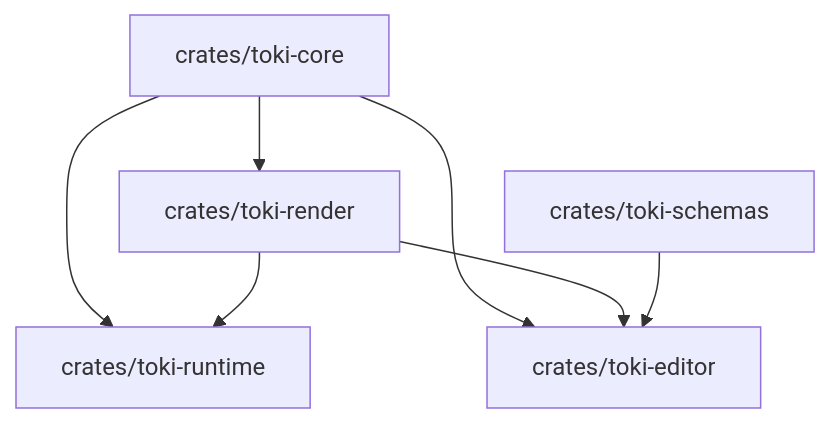
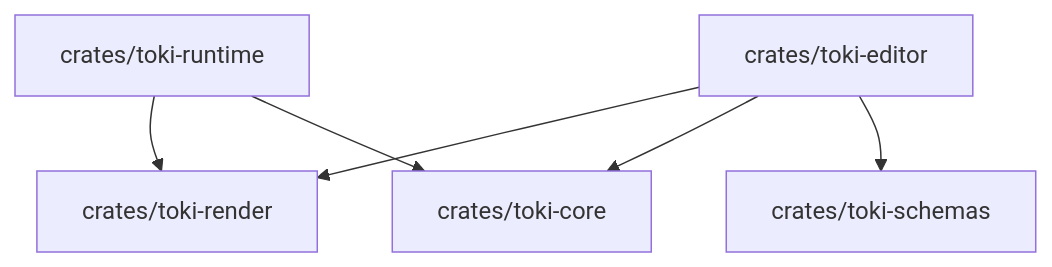
One commit to daredem0/ToKi changed the third of 11 diagrams in docs/SDD_SAD.md. Above: the diagram before and after it, drawn with Mermaid. The commit also changed other lines of this file, not shown here.

````diff
--- a/docs/SDD_SAD.md
+++ b/docs/SDD_SAD.md
@@ -139,15 +137,14 @@
 ```mermaid
 flowchart TD
     SCHEMAS[crates/toki-schemas]
     CORE[crates/toki-core]
     RENDER[crates/toki-render]
     RUNTIME[crates/toki-runtime]
     EDITOR[crates/toki-editor]
 
-    CORE --> RENDER
-    CORE --> RUNTIME
-    CORE --> EDITOR
-    RENDER --> RUNTIME
-    RENDER --> EDITOR
-    SCHEMAS --> EDITOR
+    EDITOR --> SCHEMAS
+    EDITOR --> CORE
+    EDITOR --> RENDER
+    RUNTIME --> CORE
+    RUNTIME --> RENDER
 ```
````
